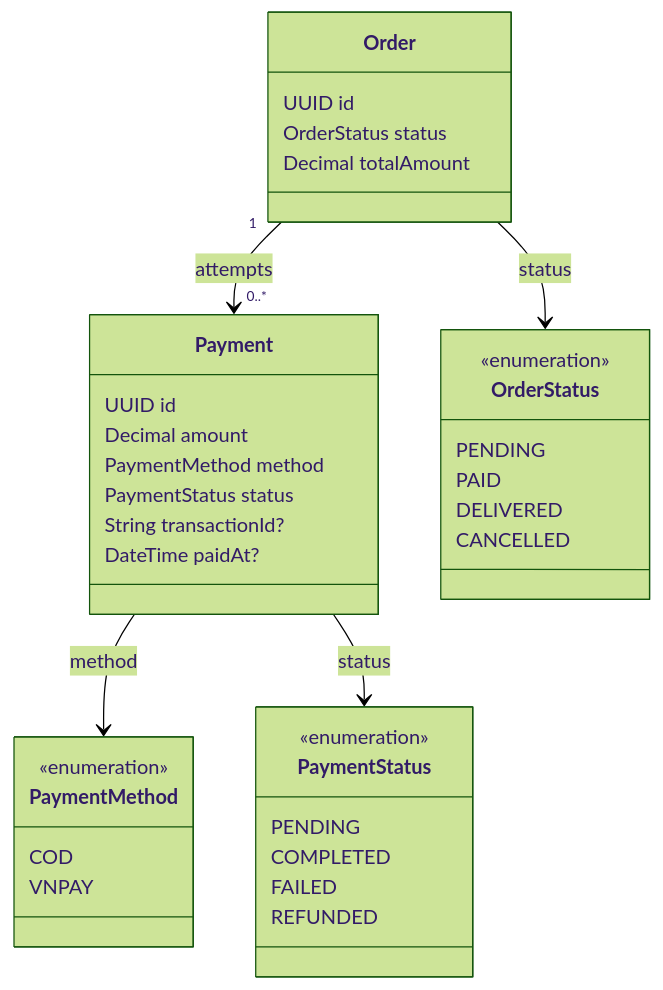
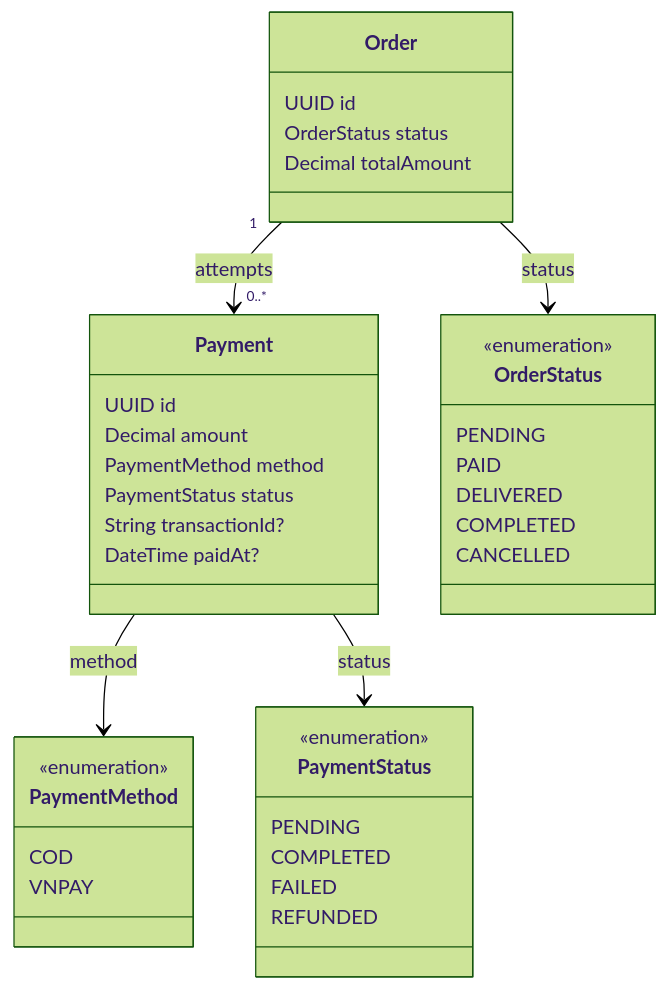
The diagram in features/payment/README.md (e-commercial-marketplace/commerce-platform-docs), drawn with Mermaid (forest theme) before and after one commit. The commit also changed 18 other files, not shown here.

````diff
--- a/features/payment/README.md
+++ b/features/payment/README.md
@@ -46,44 +46,45 @@
 ```mermaid
 classDiagram
     class Order {
         UUID id
         OrderStatus status
         Decimal totalAmount
     }
 
     class Payment {
         UUID id
         Decimal amount
         PaymentMethod method
         PaymentStatus status
         String transactionId?
         DateTime paidAt?
     }
 
     class PaymentMethod {
         <<enumeration>>
         COD
         VNPAY
     }
 
     class PaymentStatus {
         <<enumeration>>
         PENDING
         COMPLETED
         FAILED
         REFUNDED
     }
 
     class OrderStatus {
         <<enumeration>>
         PENDING
         PAID
         DELIVERED
+        COMPLETED
         CANCELLED
     }
 
     Order "1" --> "0..*" Payment : attempts
     Payment --> PaymentMethod : method
     Payment --> PaymentStatus : status
     Order --> OrderStatus : status
 ```
````
